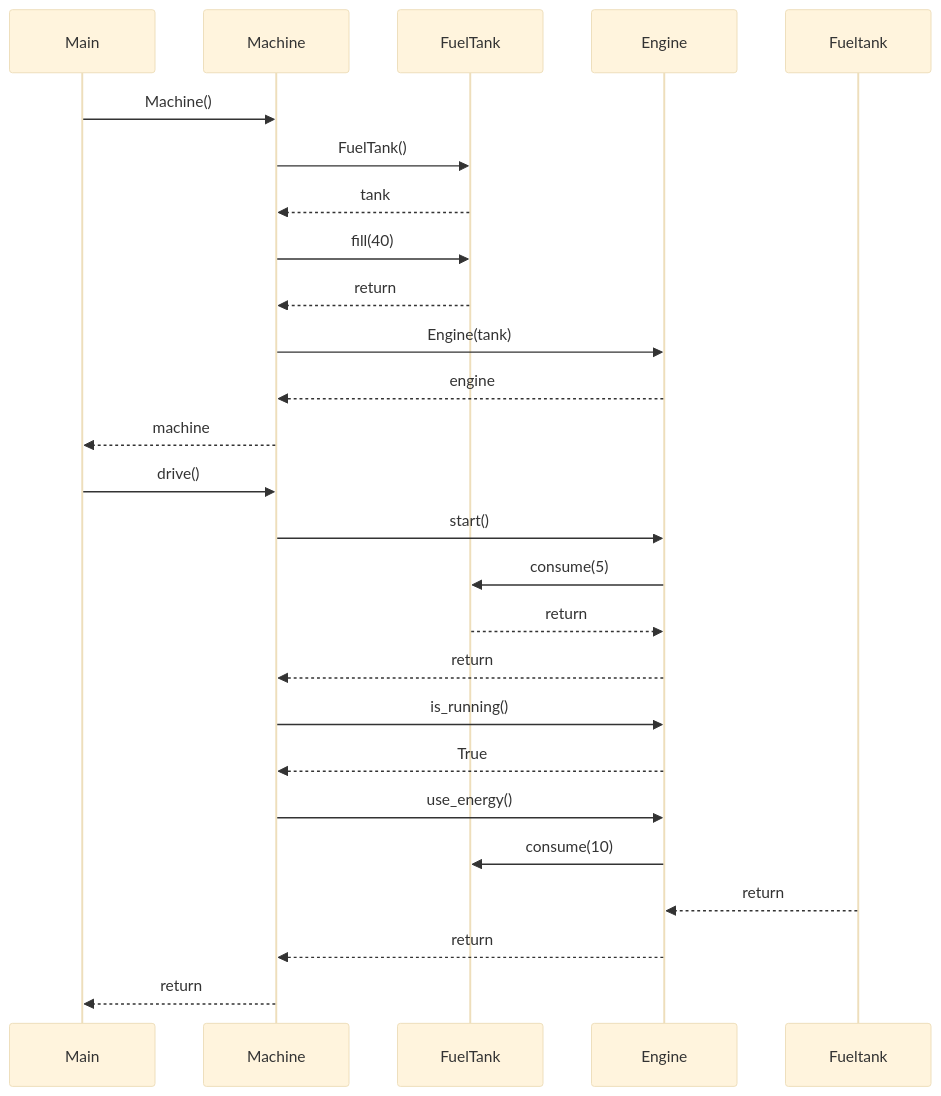
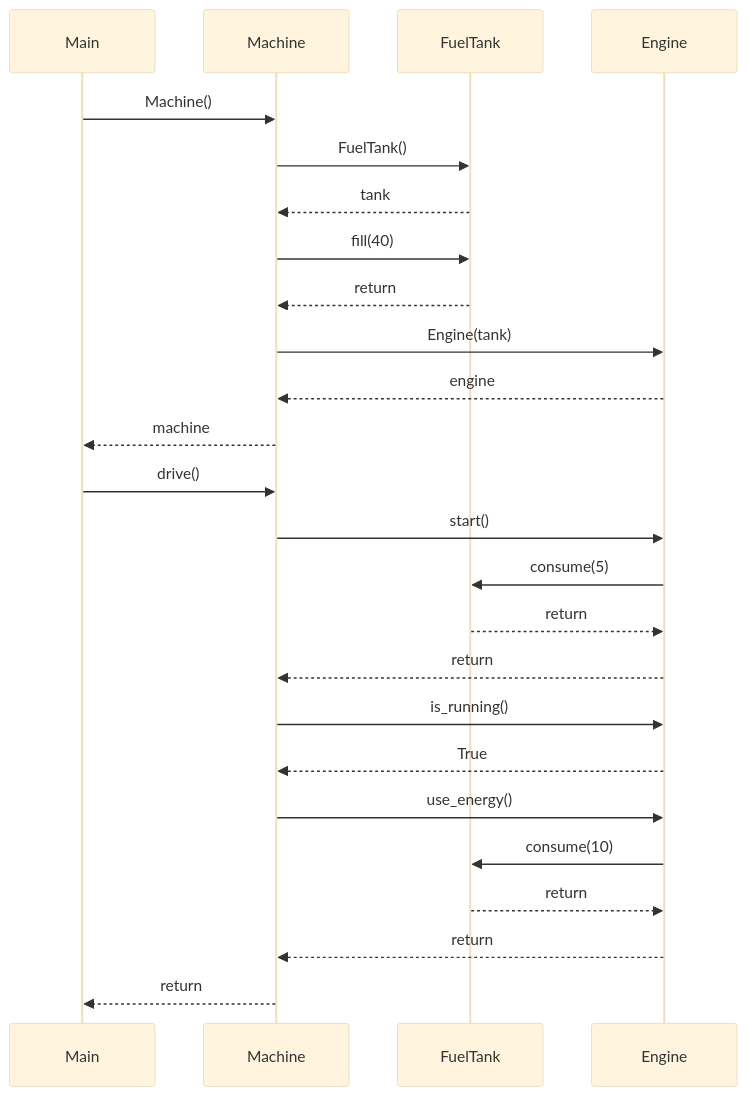
Before and after one commit to Deepthetics/calculator: the diagram in laskarit/viikko3/sekvenssiokaavio-t3.md, drawn with Mermaid (base theme).

````diff
--- a/laskarit/viikko3/sekvenssiokaavio-t3.md
+++ b/laskarit/viikko3/sekvenssiokaavio-t3.md
@@ -3,27 +3,27 @@
 ```mermaid
 sequenceDiagram
   participant Main
   participant Machine
   participant FuelTank
   participant Engine
   Main->>Machine: Machine()
   Machine->>FuelTank: FuelTank()
   FuelTank-->>Machine: tank
   Machine->>FuelTank: fill(40)
   FuelTank-->>Machine: return
   Machine->>Engine: Engine(tank)
   Engine-->>Machine: engine
   Machine-->>Main: machine
   Main->>Machine: drive()
   Machine->>Engine: start()
   Engine->>FuelTank: consume(5)
   FuelTank-->>Engine: return
   Engine-->>Machine: return
   Machine->>Engine: is_running()
   Engine-->>Machine: True
   Machine->>Engine: use_energy()
   Engine->>FuelTank: consume(10)
-  Fueltank-->>Engine: return
+  FuelTank-->>Engine: return
   Engine-->>Machine: return
   Machine-->>Main: return
 ```
````
